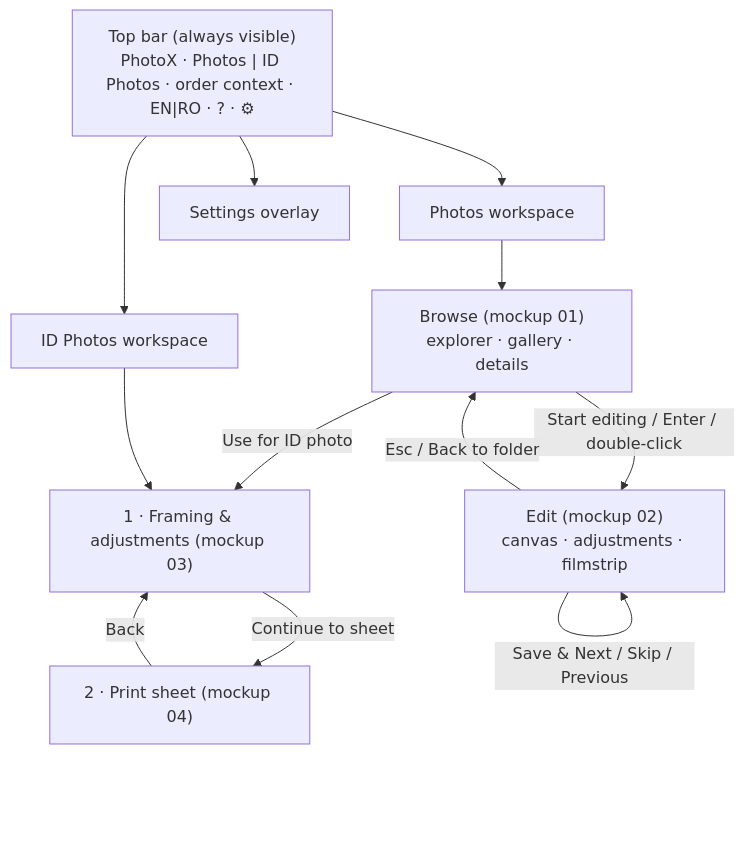
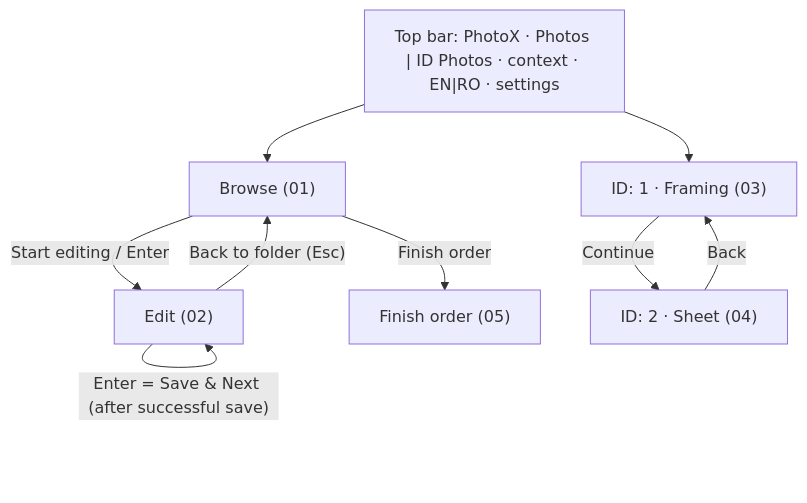
One commit to NorbCraft/PhotoX changed the diagram in docs/mockups/README.md. Above: the diagram before and after it, drawn with Mermaid. The commit also changed other lines of this file and 40 other files, not shown here.

````diff
--- a/docs/mockups/README.md
+++ b/docs/mockups/README.md
@@ -26,15 +25,12 @@
 ```mermaid
 flowchart TD
-    Top["Top bar (always visible)<br/>PhotoX · Photos | ID Photos · order context · EN|RO · ? · ⚙"]
-    Top --> P[Photos workspace]
-    Top --> I[ID Photos workspace]
-    Top --> S[Settings overlay]
-    P --> B["Browse (mockup 01)<br/>explorer · gallery · details"]
-    B -- "Start editing / Enter / double-click" --> E["Edit (mockup 02)<br/>canvas · adjustments · filmstrip"]
-    E -- "Save & Next / Skip / Previous" --> E
-    E -- "Esc / Back to folder" --> B
-    B -- "Use for ID photo" --> F
-    I --> F["1 · Framing & adjustments (mockup 03)"]
-    F -- "Continue to sheet" --> SH["2 · Print sheet (mockup 04)"]
-    SH -- Back --> F
+    Top["Top bar: PhotoX · Photos | ID Photos · context · EN|RO · settings"]
+    Top --> B["Browse (01)"]
+    B -- "Start editing / Enter" --> E["Edit (02)"]
+    E -- "Enter = Save & Next (after successful save)" --> E
+    E -- "Back to folder (Esc)" --> B
+    B -- "Finish order" --> F["Finish order (05)"]
+    Top --> I["ID: 1 · Framing (03)"]
+    I -- Continue --> S["ID: 2 · Sheet (04)"]
+    S -- Back --> I
 ```
````
